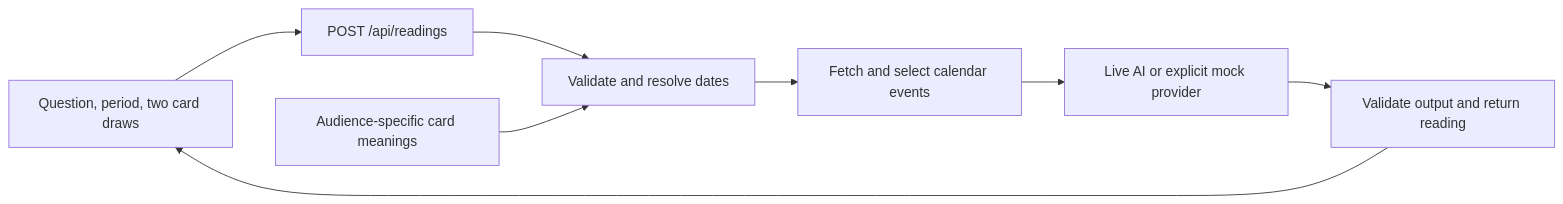
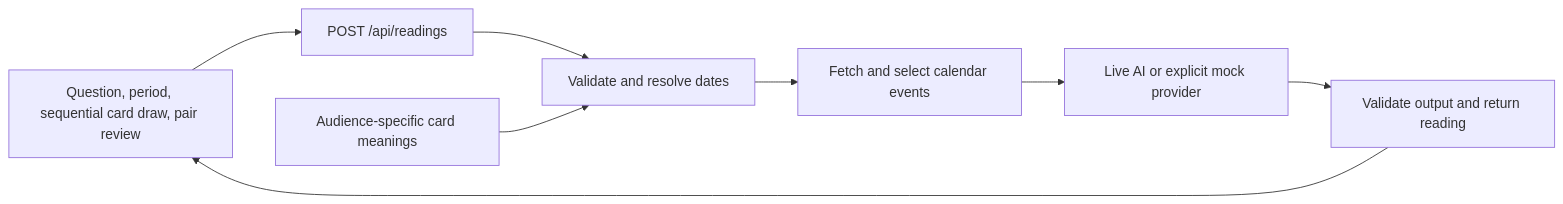
The diagram in docs/architecture.md (dariasolomina-oss/Hackathon-Malina-oct), drawn with Mermaid before and after one commit. The commit also changed other lines of this file and 5 other files, not shown here.

Commit message:
Refine card draw, pair review, and final reading screens

````diff
--- a/docs/architecture.md
+++ b/docs/architecture.md
@@ -7,10 +7,10 @@
 ```mermaid
 flowchart LR
-  UI[Question, period, two card draws] --> API[POST /api/readings]
+  UI[Question, period, sequential card draw, pair review] --> API[POST /api/readings]
   API --> Service[Validate and resolve dates]
   Cards[Audience-specific card meanings] --> Service
   Service --> Calendar[Fetch and select calendar events]
   Calendar --> Oracle[Live AI or explicit mock provider]
   Oracle --> Result[Validate output and return reading]
   Result --> UI
 ```
````
